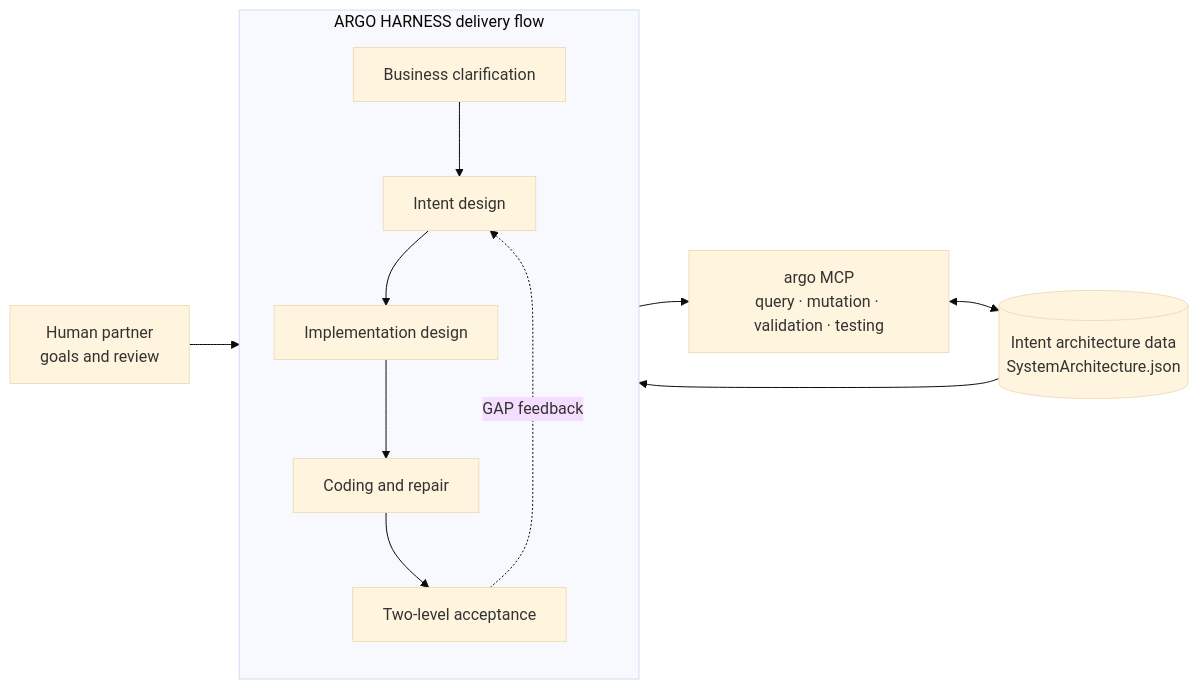
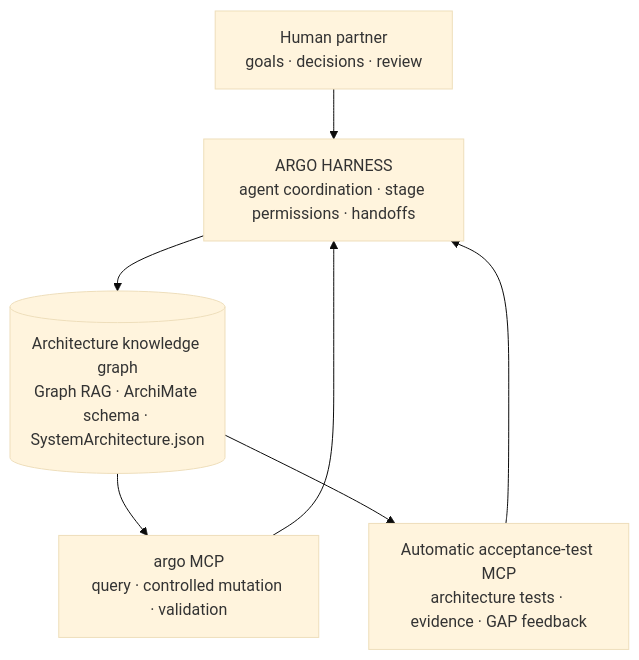
The first of 3 diagrams in README.md (derekhu0002/Argo), drawn with Mermaid (base theme) before and after one commit. The commit also changed other lines of this file, not shown here.

````diff
--- a/README.md
+++ b/README.md
@@ -10,16 +10,14 @@
 ```mermaid
-flowchart LR
-    H[Human partner<br/>goals and review] --> F
+flowchart TB
+    H[Human partner<br/>goals · decisions · review]
+    F[ARGO HARNESS<br/>agent coordination · stage permissions · handoffs]
+    G[(Architecture knowledge graph<br/>Graph RAG · ArchiMate schema · SystemArchitecture.json)]
+    M[argo MCP<br/>query · controlled mutation · validation]
+    T[Automatic acceptance-test MCP<br/>architecture tests · evidence · GAP feedback]
 
-    subgraph F[ARGO HARNESS delivery flow]
-        BP[Business clarification] --> ID[Intent design]
-        ID --> IM[Implementation design]
-        IM --> CR[Coding and repair]
-        CR --> A[Two-level acceptance]
-        A -. GAP feedback .-> ID
-    end
-
-    F --> M[argo MCP<br/>query · mutation · validation · testing]
-    M <--> K[(Intent architecture data<br/>SystemArchitecture.json)]
-    K --> F
+    H --> F --> G
+    G --> M
+    G --> T
+    M --> F
+    T --> F
 ```
````
